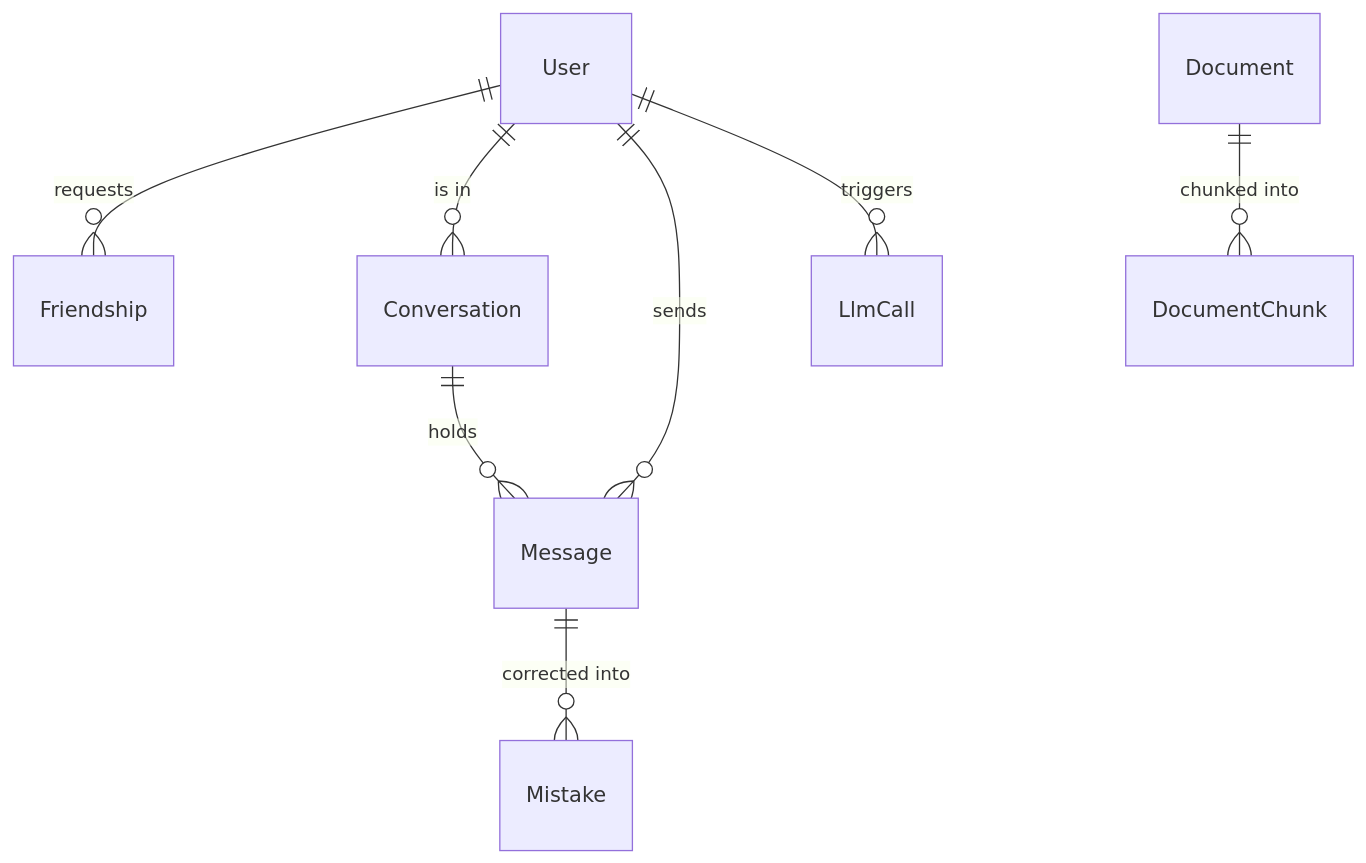
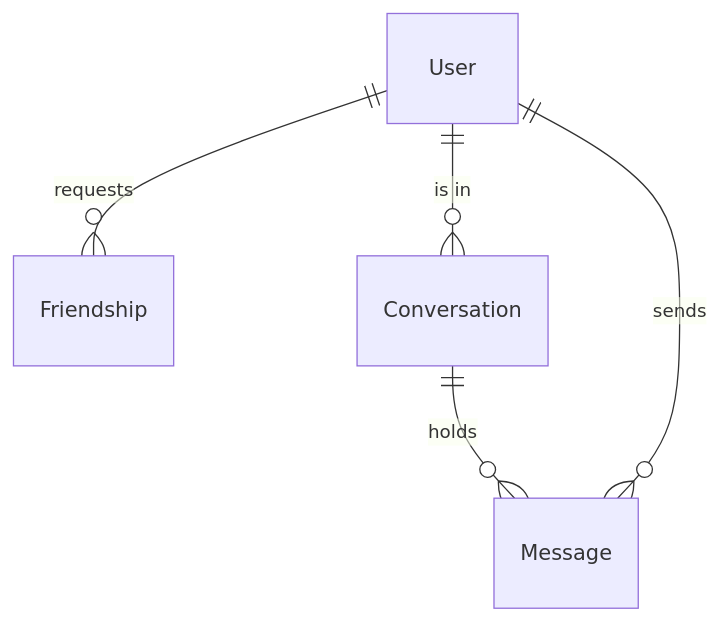
One commit to VictorBro/ft_transcendence changed the fourth of 4 diagrams in docs/PRODUCT_ARCHITECTURE.md. Above: the diagram before and after it, drawn with Mermaid. The commit also changed other lines of this file and 2 other files, not shown here.

First line of the commit message:
docs: align the product and technical architecture with Milestone 2

````diff
--- a/docs/PRODUCT_ARCHITECTURE.md
+++ b/docs/PRODUCT_ARCHITECTURE.md
@@ -811,10 +652,7 @@
 ```mermaid
 erDiagram
     User     ||--o{ Friendship    : "requests"
     User     ||--o{ Conversation  : "is in"
     Conversation ||--o{ Message   : "holds"
     User     ||--o{ Message       : "sends"
-    Message  ||--o{ Mistake       : "corrected into"
-    User     ||--o{ LlmCall       : "triggers"
-    Document ||--o{ DocumentChunk : "chunked into"
 ```
````
